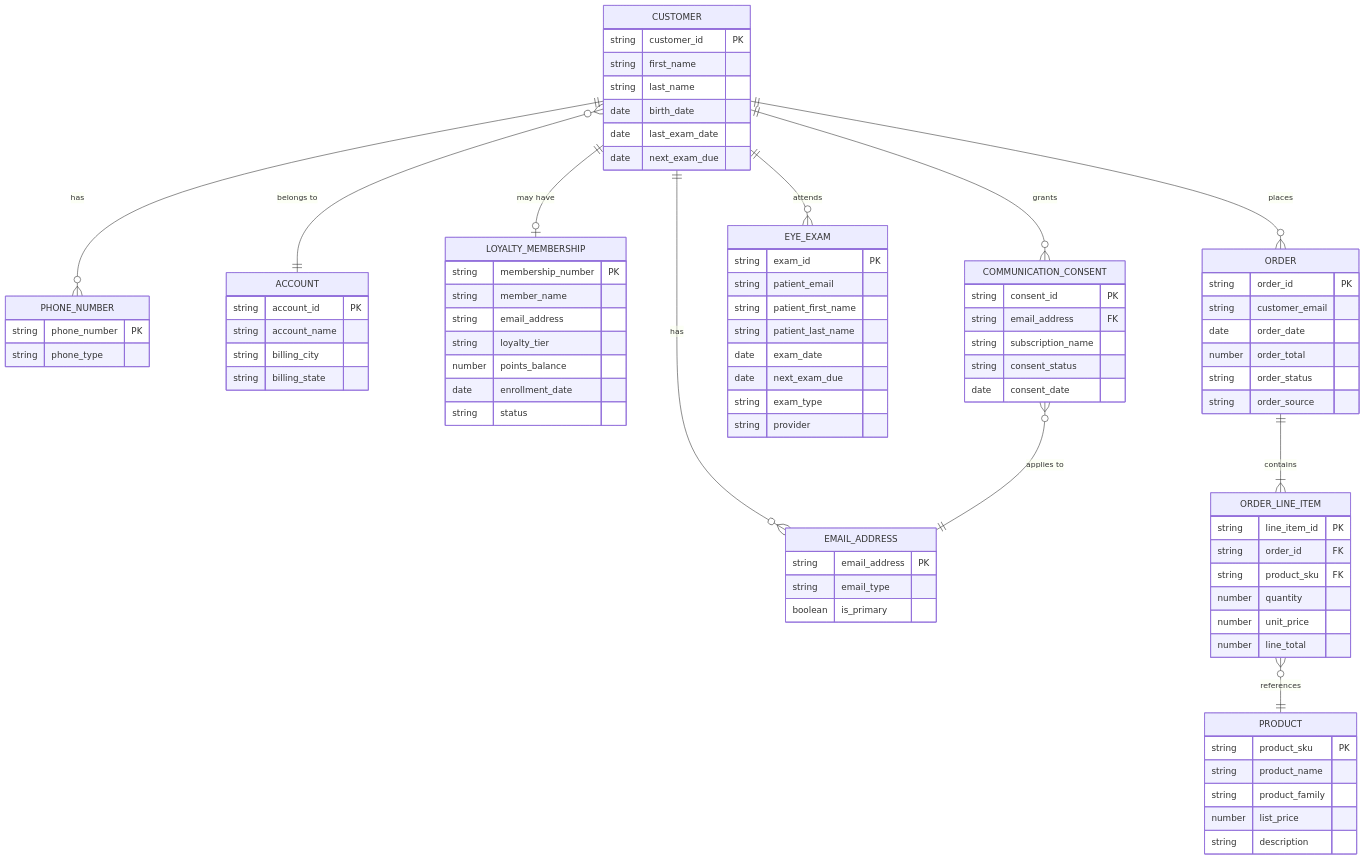
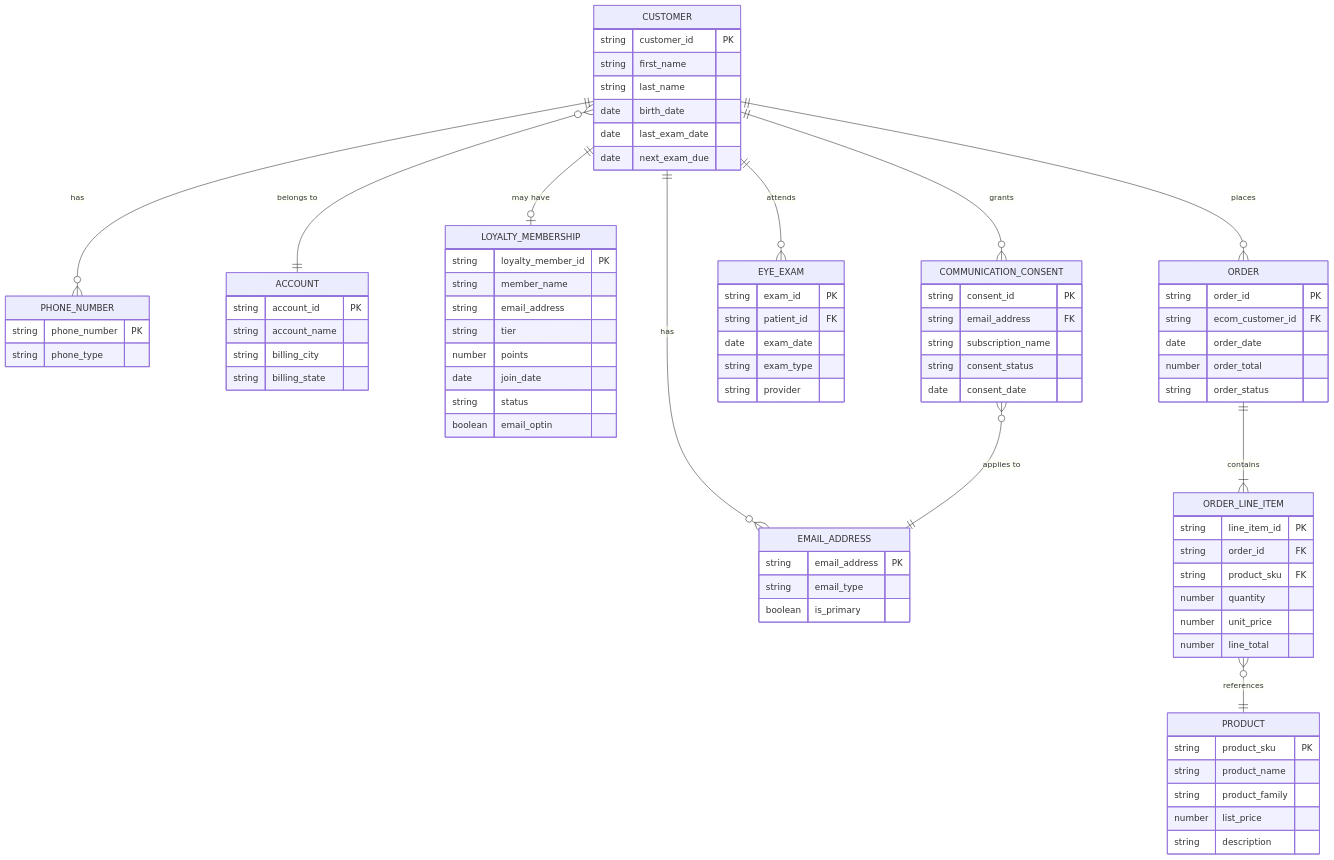
The diagram in docs/part-2-data/working-with-data-360/the-leoptical-data-model.md (bbrookslistengage/mcoc-enablement), drawn with Mermaid before and after one commit. The commit also changed other lines of this file and 9 other files, not shown here.

```diff
--- a/docs/part-2-data/working-with-data-360/the-leoptical-data-model.md
+++ b/docs/part-2-data/working-with-data-360/the-leoptical-data-model.md
@@ -68,22 +68,22 @@
     }
 
     LOYALTY_MEMBERSHIP {
-        string membership_number PK
+        string loyalty_member_id PK
         string member_name
         string email_address
-        string loyalty_tier
-        number points_balance
-        date enrollment_date
+        string tier
+        number points
+        date join_date
         string status
+        boolean email_optin
     }
 
     ORDER {
         string order_id PK
-        string customer_email
+        string ecom_customer_id FK
         date order_date
         number order_total
         string order_status
-        string order_source
     }
 
     ORDER_LINE_ITEM {
@@ -105,11 +105,8 @@
 
     EYE_EXAM {
         string exam_id PK
-        string patient_email
-        string patient_first_name
-        string patient_last_name
+        string patient_id FK
         date exam_date
-        date next_exam_due
         string exam_type
         string provider
     }
```
